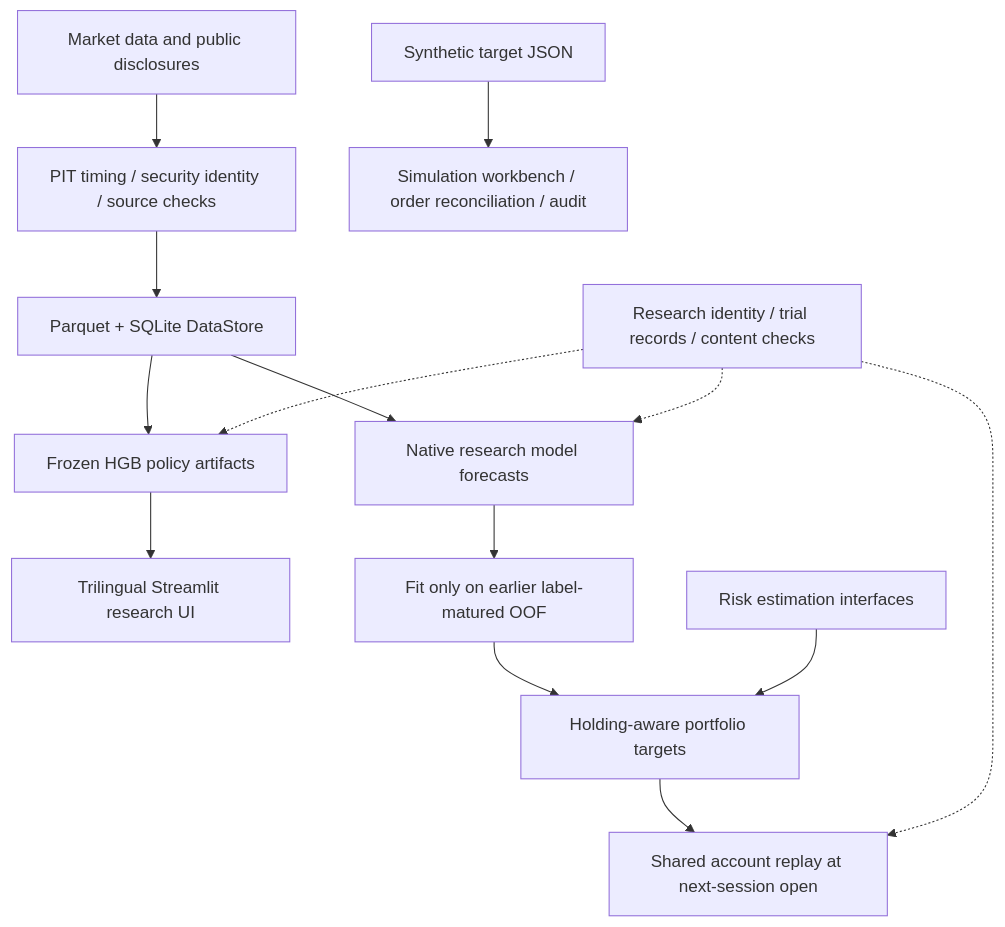
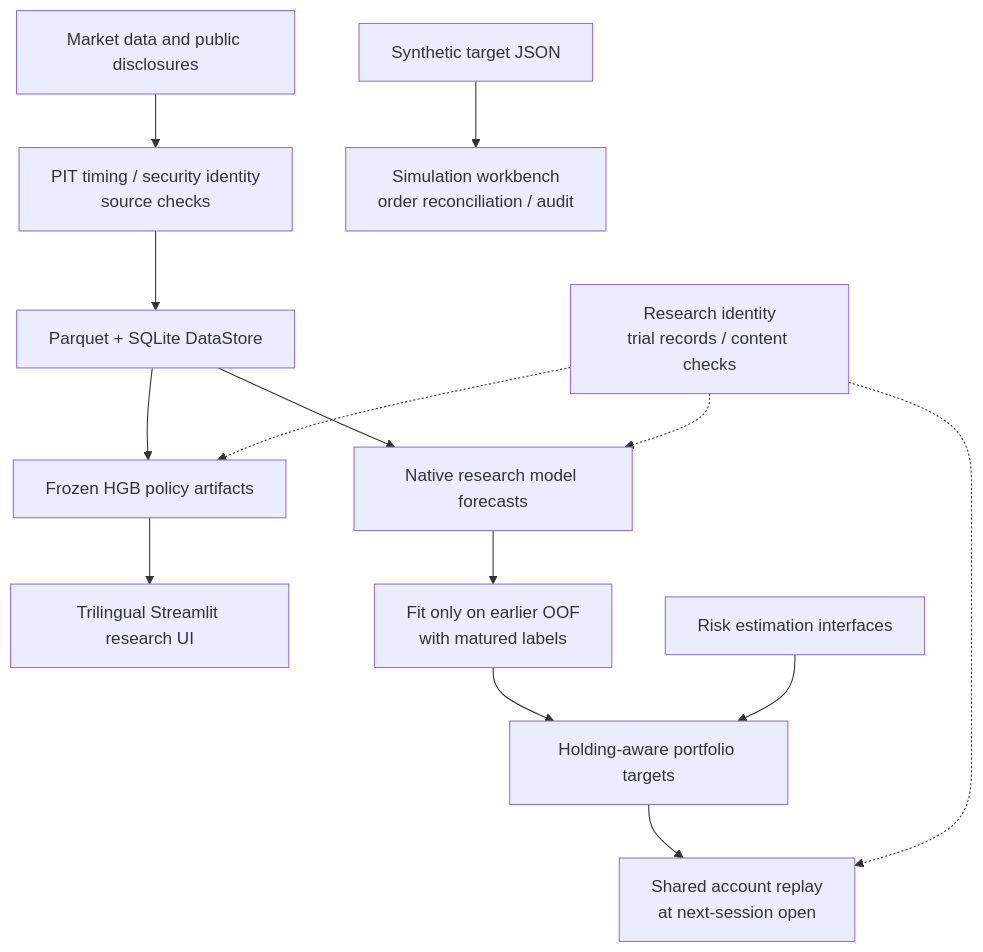
Before and after one commit to kinryukii/us-tech-quant-v21: the diagram in README.md, drawn with Mermaid. The commit also changed 2 other files, not shown here.

Commit message:
docs: improve multilingual architecture label wrapping

````diff
--- a/README.md
+++ b/README.md
@@ -32,16 +32,16 @@
 ```mermaid
 flowchart TB
-    Sources[Market data and public disclosures] --> PIT[PIT timing / security identity / source checks]
+    Sources[Market data and public disclosures] --> PIT["PIT timing / security identity<br/>source checks"]
     PIT --> Store[Parquet + SQLite DataStore]
     Store --> HGB[Frozen HGB policy artifacts]
     HGB --> Demo[Trilingual Streamlit research UI]
     Store --> Forecast[Native research model forecasts]
-    Forecast --> Bridge[Fit only on earlier label-matured OOF]
+    Forecast --> Bridge["Fit only on earlier OOF<br/>with matured labels"]
     Bridge --> Policy[Holding-aware portfolio targets]
     Risk[Risk estimation interfaces] --> Policy
-    Policy --> Replay[Shared account replay at next-session open]
-    Registry[Research identity / trial records / content checks] -.-> HGB
+    Policy --> Replay["Shared account replay<br/>at next-session open"]
+    Registry["Research identity<br/>trial records / content checks"] -.-> HGB
     Registry -.-> Forecast
     Registry -.-> Replay
-    JSON[Synthetic target JSON] --> Paper[Simulation workbench / order reconciliation / audit]
+    JSON[Synthetic target JSON] --> Paper["Simulation workbench<br/>order reconciliation / audit"]
 ```
````
